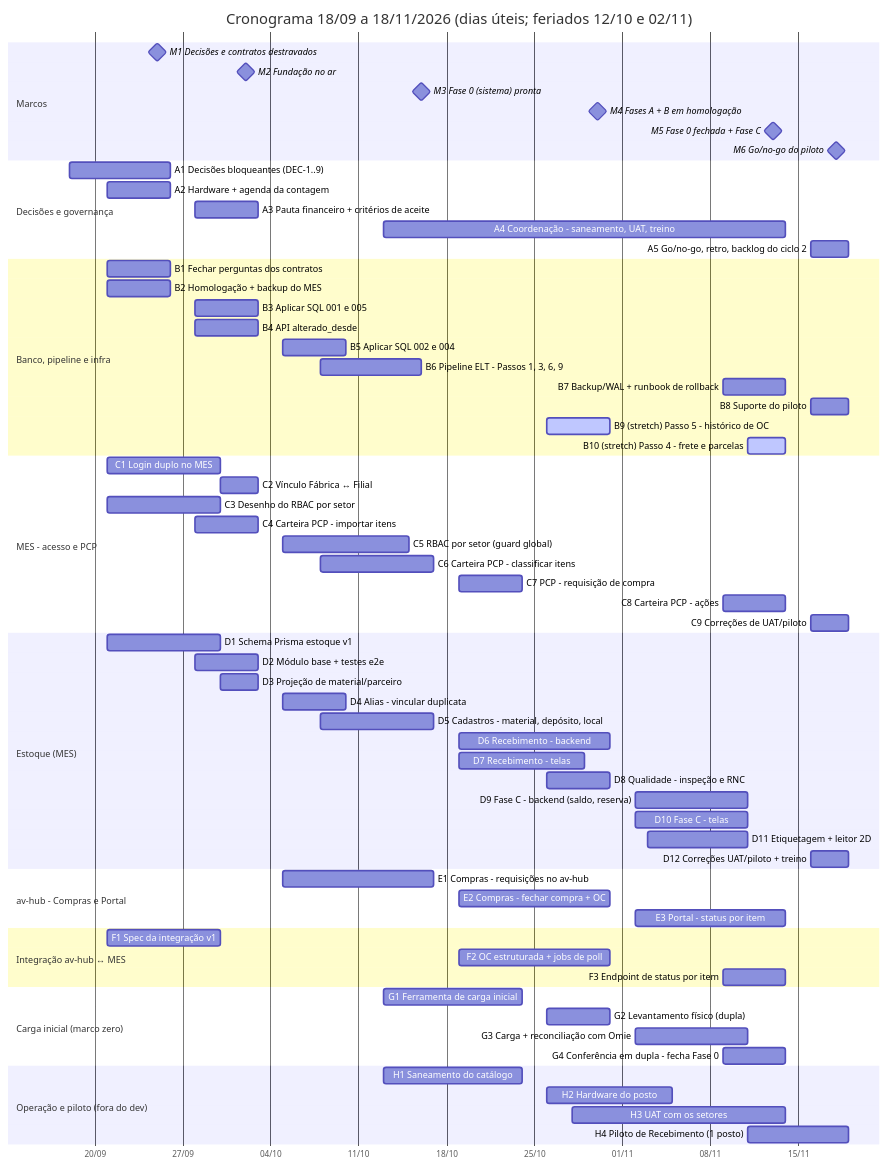
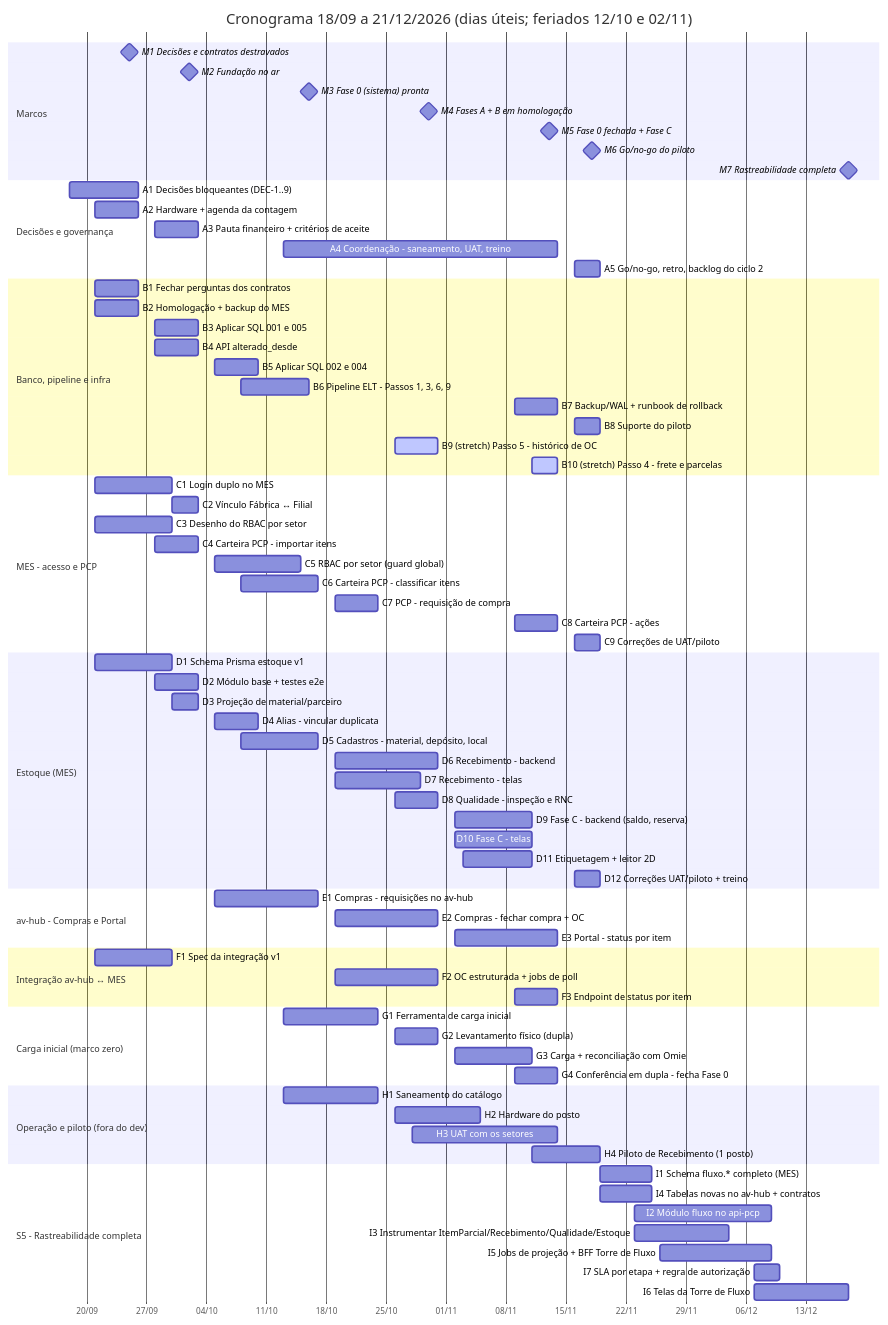
One commit to Acosvital/vault-avhub-mer changed the diagram in 07-Cronograma/Cronograma-2-Meses.md. Above: the diagram before and after it, drawn with Mermaid. The commit also changed other lines of this file and 3 other files, not shown here.

First line of the commit message:
Registra respostas do Gustavo/Robert: resolve DEC-7 por completo

````diff
--- a/07-Cronograma/Cronograma-2-Meses.md
+++ b/07-Cronograma/Cronograma-2-Meses.md
@@ -209,71 +229,80 @@
 ```mermaid
 gantt
-    title Cronograma 18/09 a 18/11/2026 (dias úteis; feriados 12/10 e 02/11)
+    title Cronograma 18/09 a 21/12/2026 (dias úteis; feriados 12/10 e 02/11)
     dateFormat YYYY-MM-DD
     axisFormat %d/%m
     section Marcos
     M1 Decisões e contratos destravados :milestone, m1, 2026-09-25, 0d
     M2 Fundação no ar :milestone, m2, 2026-10-02, 0d
     M3 Fase 0 (sistema) pronta :milestone, m3, 2026-10-16, 0d
     M4 Fases A + B em homologação :milestone, m4, 2026-10-30, 0d
     M5 Fase 0 fechada + Fase C :milestone, m5, 2026-11-13, 0d
     M6 Go/no-go do piloto :milestone, m6, 2026-11-18, 0d
+    M7 Rastreabilidade completa :milestone, m7, 2026-12-18, 0d
     section Decisões e governança
     A1 Decisões bloqueantes (DEC-1..9) :a1, 2026-09-18, 2026-09-26
     A2 Hardware + agenda da contagem :a2, 2026-09-21, 2026-09-26
     A3 Pauta financeiro + critérios de aceite :a3, 2026-09-28, 2026-10-03
     A4 Coordenação - saneamento, UAT, treino :a4, 2026-10-13, 2026-11-14
     A5 Go/no-go, retro, backlog do ciclo 2 :a5, 2026-11-16, 2026-11-19
     section Banco, pipeline e infra
     B1 Fechar perguntas dos contratos :b1, 2026-09-21, 2026-09-26
     B2 Homologação + backup do MES :b2, 2026-09-21, 2026-09-26
     B3 Aplicar SQL 001 e 005 :b3, 2026-09-28, 2026-10-03
     B4 API alterado_desde :b4, 2026-09-28, 2026-10-03
     B5 Aplicar SQL 002 e 004 :b5, 2026-10-05, 2026-10-10
     B6 Pipeline ELT - Passos 1, 3, 6, 9 :b6, 2026-10-08, 2026-10-16
     B7 Backup/WAL + runbook de rollback :b7, 2026-11-09, 2026-11-14
     B8 Suporte do piloto :b8, 2026-11-16, 2026-11-19
     B9 (stretch) Passo 5 - histórico de OC :active, b9, 2026-10-26, 2026-10-31
     B10 (stretch) Passo 4 - frete e parcelas :active, b10, 2026-11-11, 2026-11-14
     section MES - acesso e PCP
     C1 Login duplo no MES :c1, 2026-09-21, 2026-09-30
     C2 Vínculo Fábrica ↔ Filial :c2, 2026-09-30, 2026-10-03
     C3 Desenho do RBAC por setor :c3, 2026-09-21, 2026-09-30
     C4 Carteira PCP - importar itens :c4, 2026-09-28, 2026-10-03
     C5 RBAC por setor (guard global) :c5, 2026-10-05, 2026-10-15
     C6 Carteira PCP - classificar itens :c6, 2026-10-08, 2026-10-17
     C7 PCP - requisição de compra :c7, 2026-10-19, 2026-10-24
     C8 Carteira PCP - ações :c8, 2026-11-09, 2026-11-14
     C9 Correções de UAT/piloto :c9, 2026-11-16, 2026-11-19
     section Estoque (MES)
     D1 Schema Prisma estoque v1 :d1, 2026-09-21, 2026-09-30
     D2 Módulo base + testes e2e :d2, 2026-09-28, 2026-10-03
     D3 Projeção de material/parceiro :d3, 2026-09-30, 2026-10-03
     D4 Alias - vincular duplicata :d4, 2026-10-05, 2026-10-10
     D5 Cadastros - material, depósito, local :d5, 2026-10-08, 2026-10-17
     D6 Recebimento - backend :d6, 2026-10-19, 2026-10-31
     D7 Recebimento - telas :d7, 2026-10-19, 2026-10-29
     D8 Qualidade - inspeção e RNC :d8, 2026-10-26, 2026-10-31
     D9 Fase C - backend (saldo, reserva) :d9, 2026-11-02, 2026-11-11
     D10 Fase C - telas :d10, 2026-11-02, 2026-11-11
     D11 Etiquetagem + leitor 2D :d11, 2026-11-03, 2026-11-11
     D12 Correções UAT/piloto + treino :d12, 2026-11-16, 2026-11-19
     section av-hub - Compras e Portal
     E1 Compras - requisições no av-hub :e1, 2026-10-05, 2026-10-17
     E2 Compras - fechar compra + OC :e2, 2026-10-19, 2026-10-31
     E3 Portal - status por item :e3, 2026-11-02, 2026-11-14
     section Integração av-hub ↔ MES
     F1 Spec da integração v1 :f1, 2026-09-21, 2026-09-30
     F2 OC estruturada + jobs de poll :f2, 2026-10-19, 2026-10-31
     F3 Endpoint de status por item :f3, 2026-11-09, 2026-11-14
     section Carga inicial (marco zero)
     G1 Ferramenta de carga inicial :g1, 2026-10-13, 2026-10-24
     G2 Levantamento físico (dupla) :g2, 2026-10-26, 2026-10-31
     G3 Carga + reconciliação com Omie :g3, 2026-11-02, 2026-11-11
     G4 Conferência em dupla - fecha Fase 0 :g4, 2026-11-09, 2026-11-14
     section Operação e piloto (fora do dev)
     H1 Saneamento do catálogo :h1, 2026-10-13, 2026-10-24
     H2 Hardware do posto :h2, 2026-10-26, 2026-11-05
     H3 UAT com os setores :h3, 2026-10-28, 2026-11-14
     H4 Piloto de Recebimento (1 posto) :h4, 2026-11-11, 2026-11-19
+    section S5 - Rastreabilidade completa
+    I1 Schema fluxo.* completo (MES) :i1, 2026-11-19, 2026-11-25
+    I4 Tabelas novas no av-hub + contratos :i4, 2026-11-19, 2026-11-25
+    I2 Módulo fluxo no api-pcp :i2, 2026-11-23, 2026-12-09
+    I3 Instrumentar ItemParcial/Recebimento/Qualidade/Estoque :i3, 2026-11-23, 2026-12-04
+    I5 Jobs de projeção + BFF Torre de Fluxo :i5, 2026-11-26, 2026-12-09
+    I7 SLA por etapa + regra de autorização :i7, 2026-12-07, 2026-12-10
+    I6 Telas da Torre de Fluxo :i6, 2026-12-07, 2026-12-18
 ```
````
